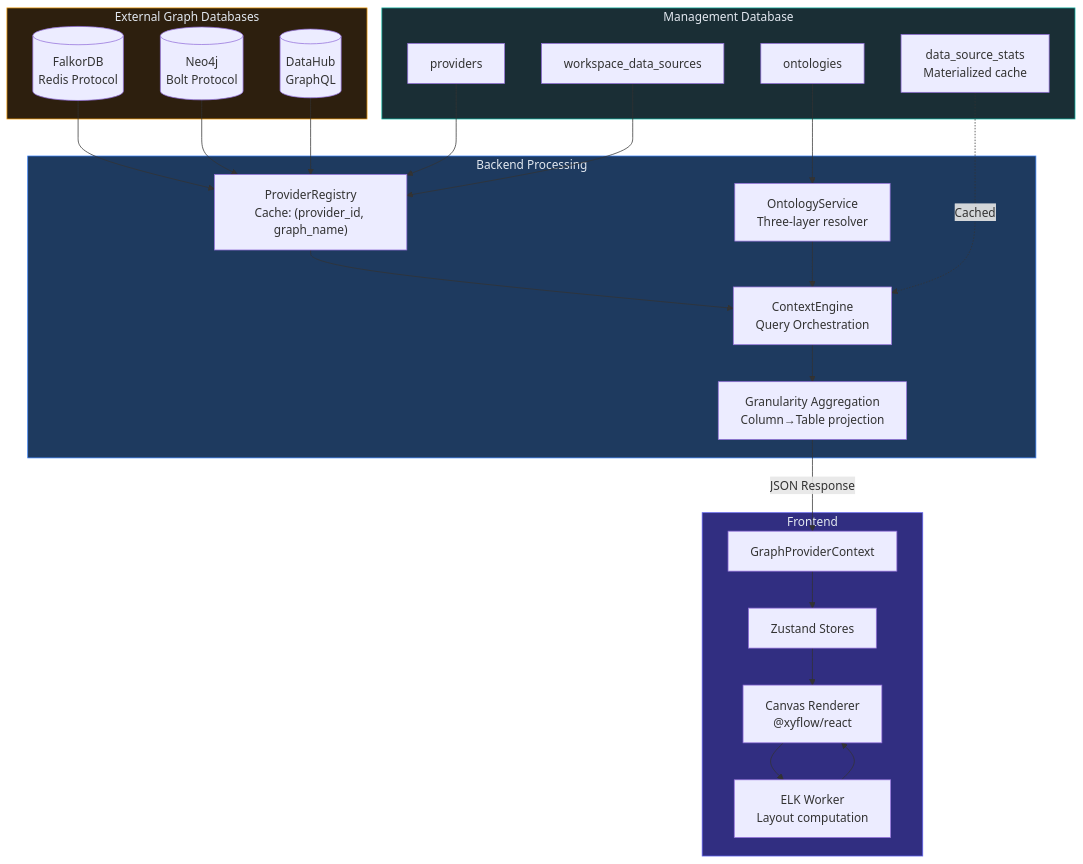
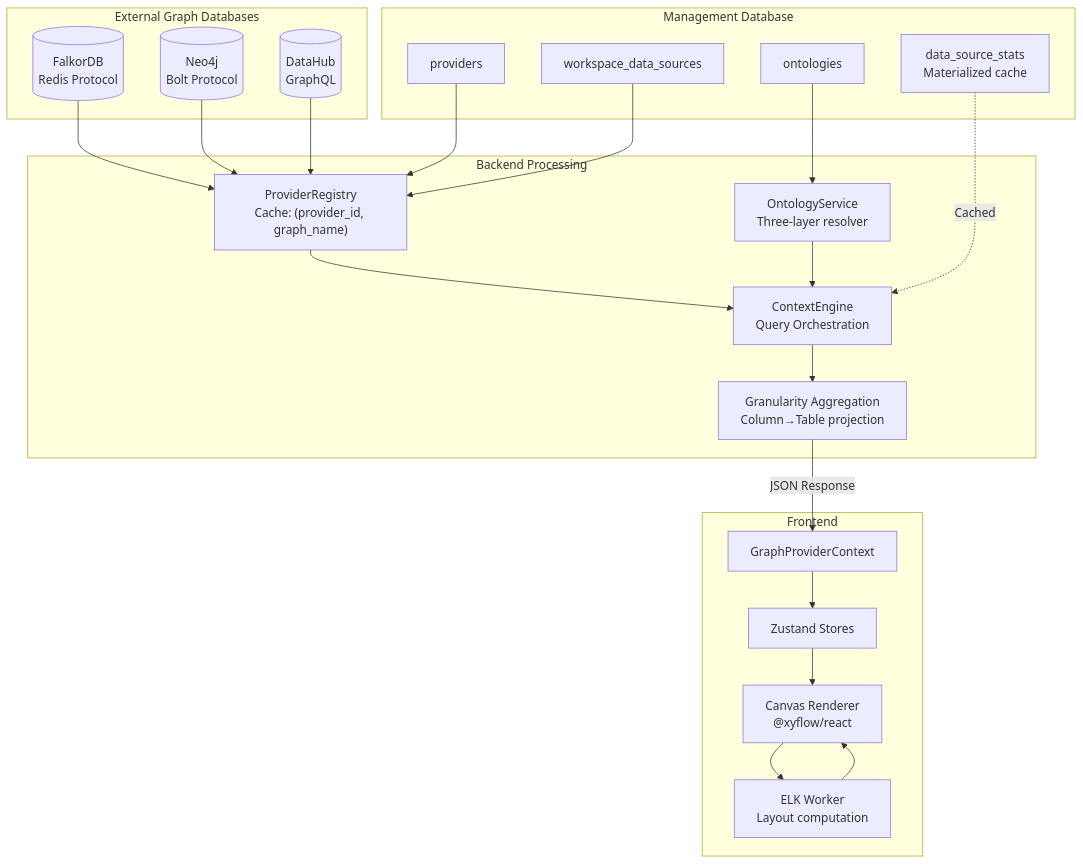
One commit to rkrumins/dataviz changed the second of 8 diagrams in docs/DATA_ARCHITECTURE.md. Above: the diagram before and after it, drawn with Mermaid. The commit also changed other lines of this file and 46 other files, not shown here.

````diff
--- a/docs/DATA_ARCHITECTURE.md
+++ b/docs/DATA_ARCHITECTURE.md
@@ -313,54 +313,50 @@
 ```mermaid
 graph TB
     subgraph External["External Graph Databases"]
         FDB[(FalkorDB<br/>Redis Protocol)]
         Neo[(Neo4j<br/>Bolt Protocol)]
         DH[(DataHub<br/>GraphQL)]
     end
 
     subgraph Backend["Backend Processing"]
         PR["ProviderRegistry<br/>Cache: (provider_id, graph_name)"]
         CE["ContextEngine<br/>Query Orchestration"]
         OS["OntologyService<br/>Three-layer resolver"]
         Agg["Granularity Aggregation<br/>Column→Table projection"]
     end
 
     subgraph MgmtDB["Management Database"]
         Providers["providers"]
         DataSources["workspace_data_sources"]
         Ontologies["ontologies"]
         Stats["data_source_stats<br/>Materialized cache"]
     end
 
     subgraph Frontend["Frontend"]
         GPC["GraphProviderContext"]
         Stores["Zustand Stores"]
         Canvas["Canvas Renderer<br/>@xyflow/react"]
         Worker["ELK Worker<br/>Layout computation"]
     end
 
     FDB --> PR
     Neo --> PR
     DH --> PR
 
     Providers --> PR
     DataSources --> PR
     Ontologies --> OS
 
     PR --> CE
     OS --> CE
     CE --> Agg
 
     Agg -->|JSON Response| GPC
     GPC --> Stores
     Stores --> Canvas
     Canvas --> Worker
     Worker --> Canvas
 
     Stats -.->|Cached| CE
 
-    style External fill:#2d1f0e,stroke:#f59e0b,color:#e2e8f0
-    style Backend fill:#1e3a5f,stroke:#3b82f6,color:#e2e8f0
-    style MgmtDB fill:#1a2e35,stroke:#14b8a6,color:#e2e8f0
-    style Frontend fill:#312e81,stroke:#6366f1,color:#e2e8f0
 ```
````
